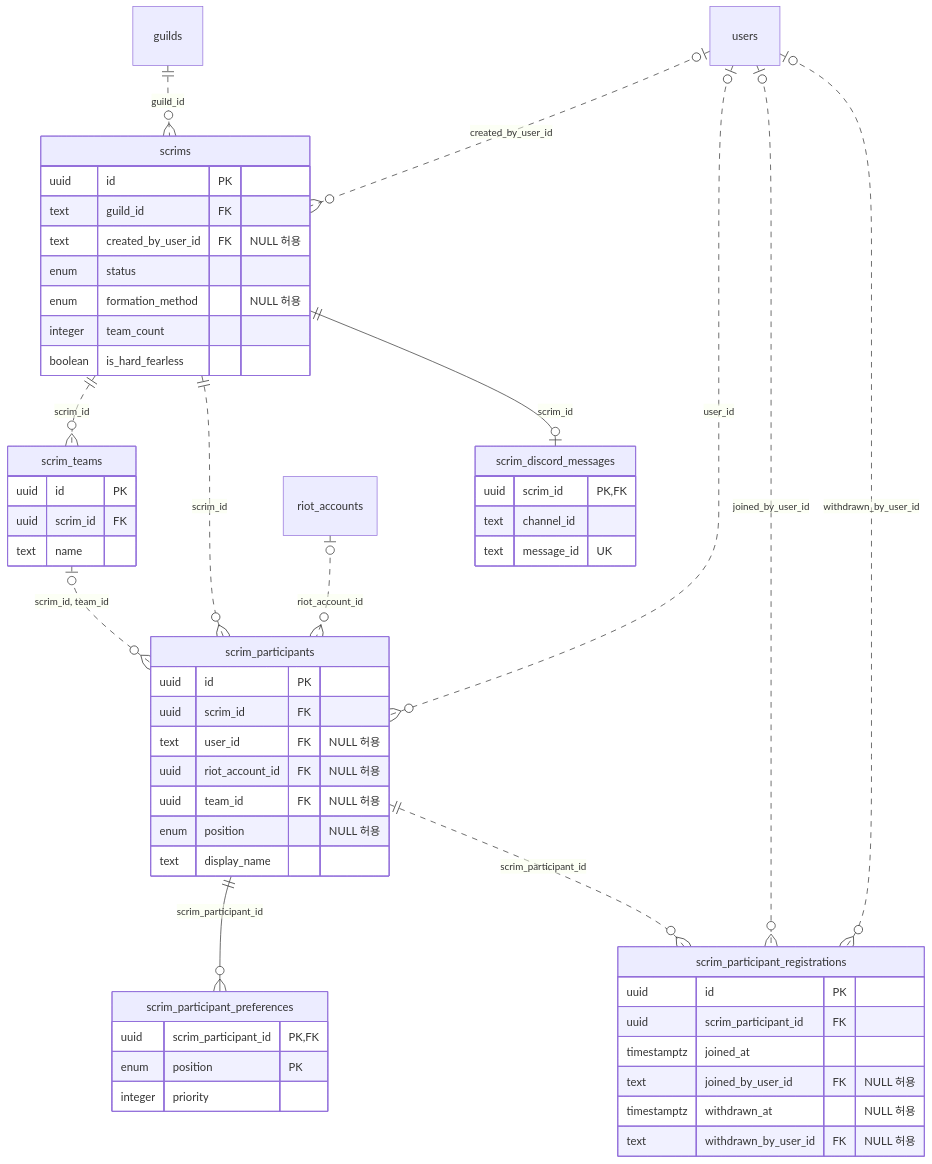
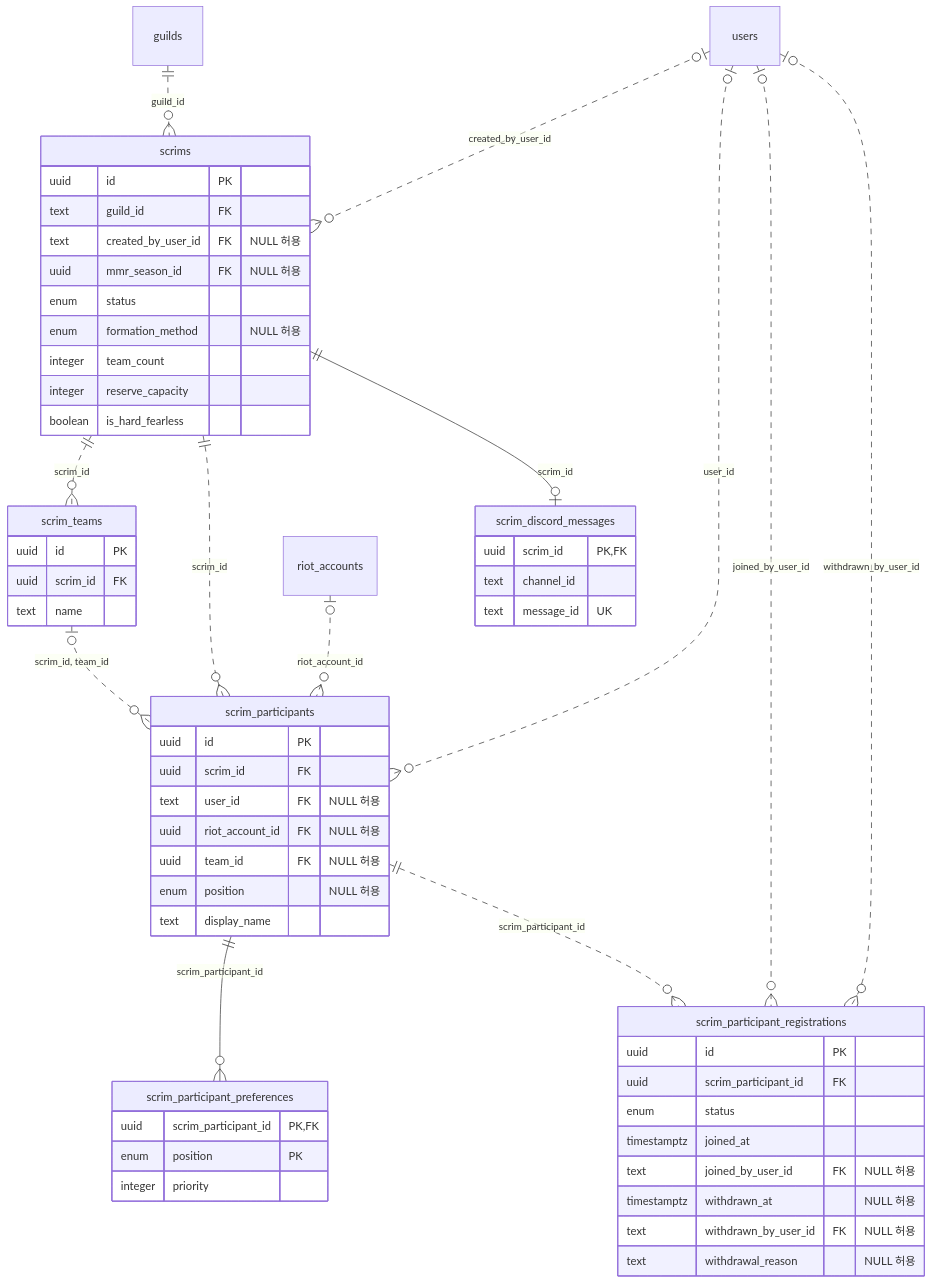
The fourth of 7 diagrams in docs/database-erd.md (Longcat2957/MonkeyScrimManager2), drawn with Mermaid before and after one commit. The commit also changed other lines of this file and 4 other files, not shown here.

````diff
--- a/docs/database-erd.md
+++ b/docs/database-erd.md
@@ -111,57 +199,61 @@
 ```mermaid
 erDiagram
     scrims {
         uuid id PK
         text guild_id FK
         text created_by_user_id FK "NULL 허용"
+        uuid mmr_season_id FK "NULL 허용"
         enum status
         enum formation_method "NULL 허용"
         integer team_count
+        integer reserve_capacity
         boolean is_hard_fearless
     }
     scrim_teams {
         uuid id PK
         uuid scrim_id FK
         text name
     }
     scrim_participants {
         uuid id PK
         uuid scrim_id FK
         text user_id FK "NULL 허용"
         uuid riot_account_id FK "NULL 허용"
         uuid team_id FK "NULL 허용"
         enum position "NULL 허용"
         text display_name
     }
     scrim_participant_preferences {
         uuid scrim_participant_id PK, FK
         enum position PK
         integer priority
     }
     scrim_participant_registrations {
         uuid id PK
         uuid scrim_participant_id FK
+        enum status
         timestamptz joined_at
         text joined_by_user_id FK "NULL 허용"
         timestamptz withdrawn_at "NULL 허용"
         text withdrawn_by_user_id FK "NULL 허용"
+        text withdrawal_reason "NULL 허용"
     }
     scrim_discord_messages {
         uuid scrim_id PK, FK
         text channel_id
         text message_id UK
     }
 
     guilds ||..o{ scrims : guild_id
     users |o..o{ scrims : created_by_user_id
     scrims ||..o{ scrim_teams : scrim_id
     scrims ||..o{ scrim_participants : scrim_id
     users |o..o{ scrim_participants : user_id
     riot_accounts |o..o{ scrim_participants : riot_account_id
     scrim_teams |o..o{ scrim_participants : "scrim_id, team_id"
     scrim_participants ||--o{ scrim_participant_preferences : scrim_participant_id
     scrim_participants ||..o{ scrim_participant_registrations : scrim_participant_id
     users |o..o{ scrim_participant_registrations : joined_by_user_id
     users |o..o{ scrim_participant_registrations : withdrawn_by_user_id
     scrims ||--o| scrim_discord_messages : scrim_id
 ```
````
